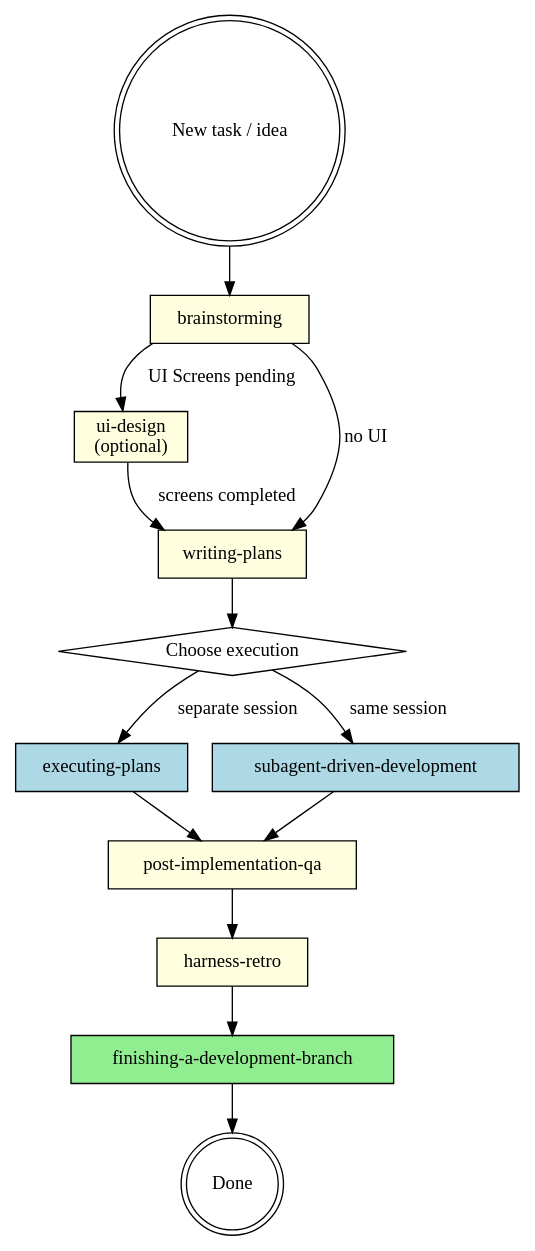
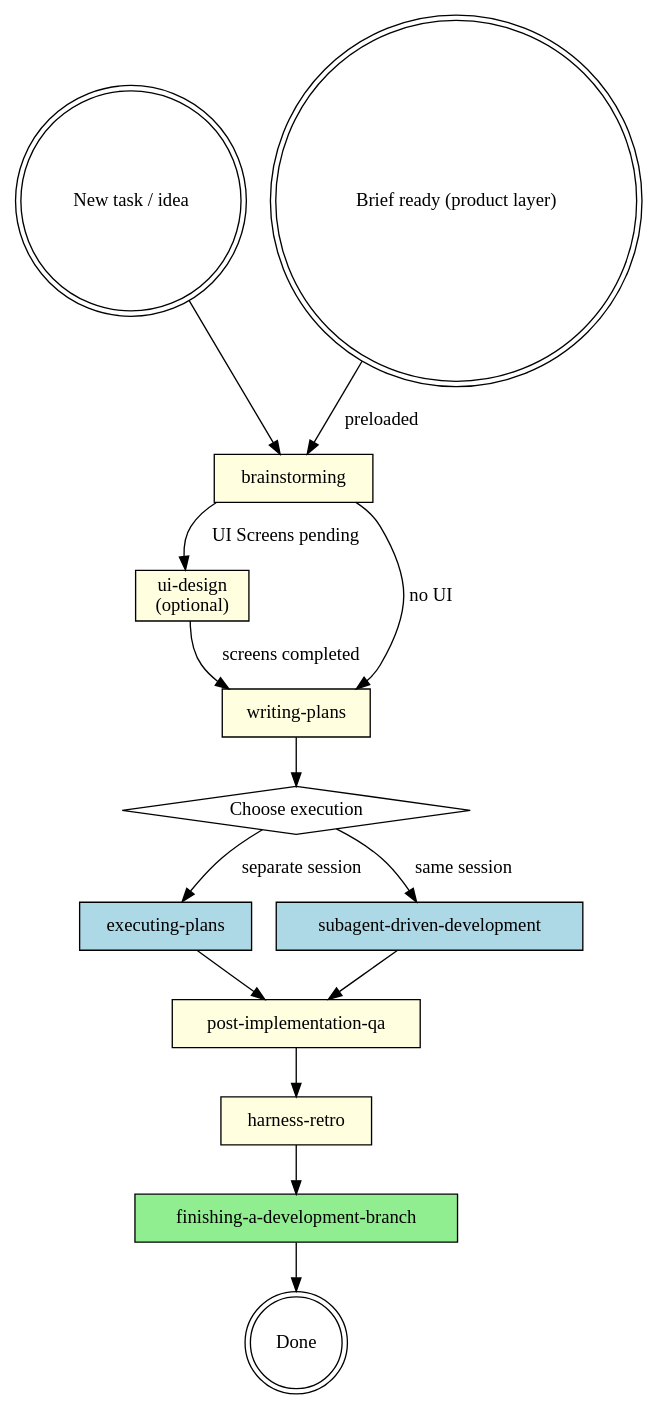
One commit to Kodria/awm-baseline-registry changed the diagram in skills/development-process/SKILL.md. Above: the diagram before and after it, drawn with Graphviz. The commit also changed other lines of this file and 21 other files, not shown here.

Commit message:
feat(product): capa de producto — orquestador + 5 skills, contrato de brief, wiring con el motor de desarrollo (#11)

````diff
--- a/skills/development-process/SKILL.md
+++ b/skills/development-process/SKILL.md
@@ -17,30 +17,32 @@
 ```dot
 digraph lifecycle {
     rankdir=TB;
 
     "New task / idea" [shape=doublecircle];
+    "Brief ready (product layer)" [shape=doublecircle];
     "brainstorming" [shape=box, style=filled, fillcolor=lightyellow];
     "ui-design" [shape=box, style=filled, fillcolor=lightyellow, label="ui-design\n(optional)"];
     "writing-plans" [shape=box, style=filled, fillcolor=lightyellow];
     "Choose execution" [shape=diamond];
     "executing-plans" [shape=box, style=filled, fillcolor=lightblue];
     "subagent-driven-development" [shape=box, style=filled, fillcolor=lightblue];
     "Done" [shape=doublecircle];
 
     "New task / idea" -> "brainstorming";
+    "Brief ready (product layer)" -> "brainstorming" [label="preloaded"];
     "brainstorming" -> "ui-design" [label="UI Screens pending"];
     "brainstorming" -> "writing-plans" [label="no UI"];
     "ui-design" -> "writing-plans" [label="screens completed"];
     "writing-plans" -> "Choose execution";
     "Choose execution" -> "executing-plans" [label="separate session"];
     "Choose execution" -> "subagent-driven-development" [label="same session"];
     "post-implementation-qa" [shape=box, style=filled, fillcolor=lightyellow, label="post-implementation-qa"];
     "harness-retro" [shape=box, style=filled, fillcolor=lightyellow, label="harness-retro"];
     "finishing-a-development-branch" [shape=box, style=filled, fillcolor=lightgreen];
     "executing-plans" -> "post-implementation-qa";
     "subagent-driven-development" -> "post-implementation-qa";
     "post-implementation-qa" -> "harness-retro";
     "harness-retro" -> "finishing-a-development-branch";
     "finishing-a-development-branch" -> "Done";
 }
 ```
````
